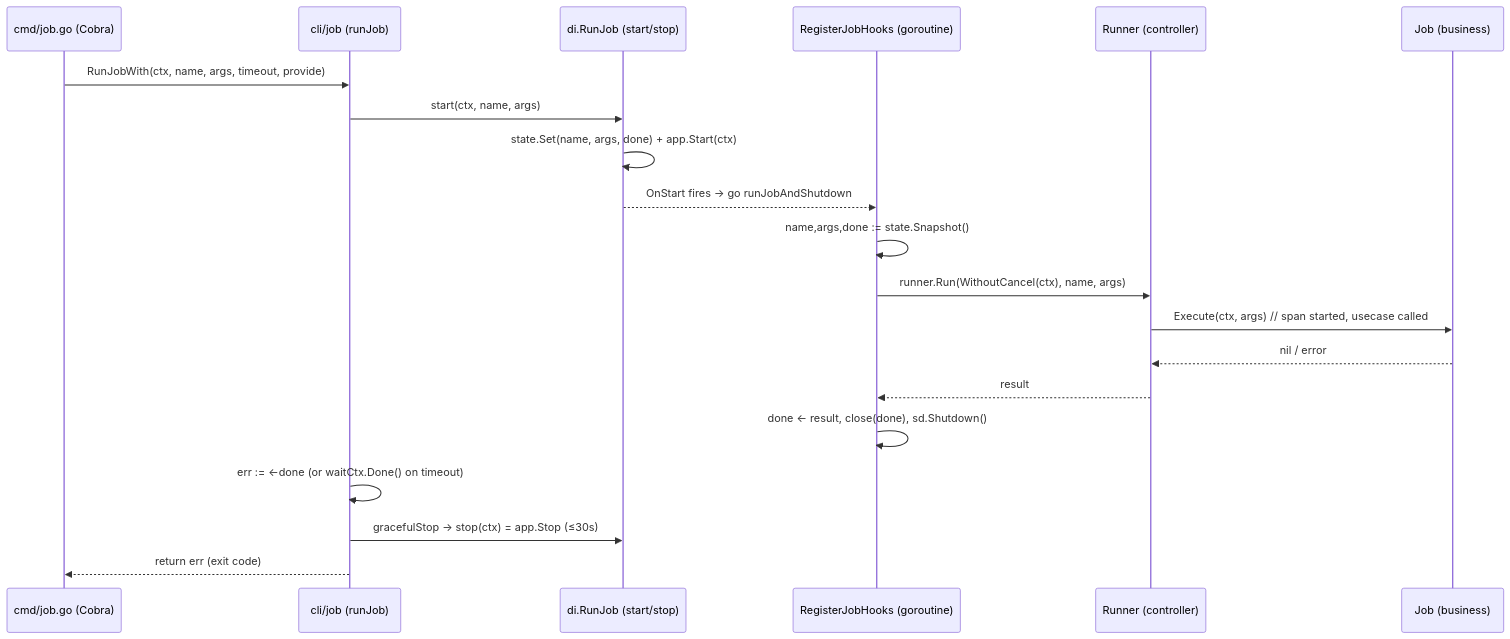
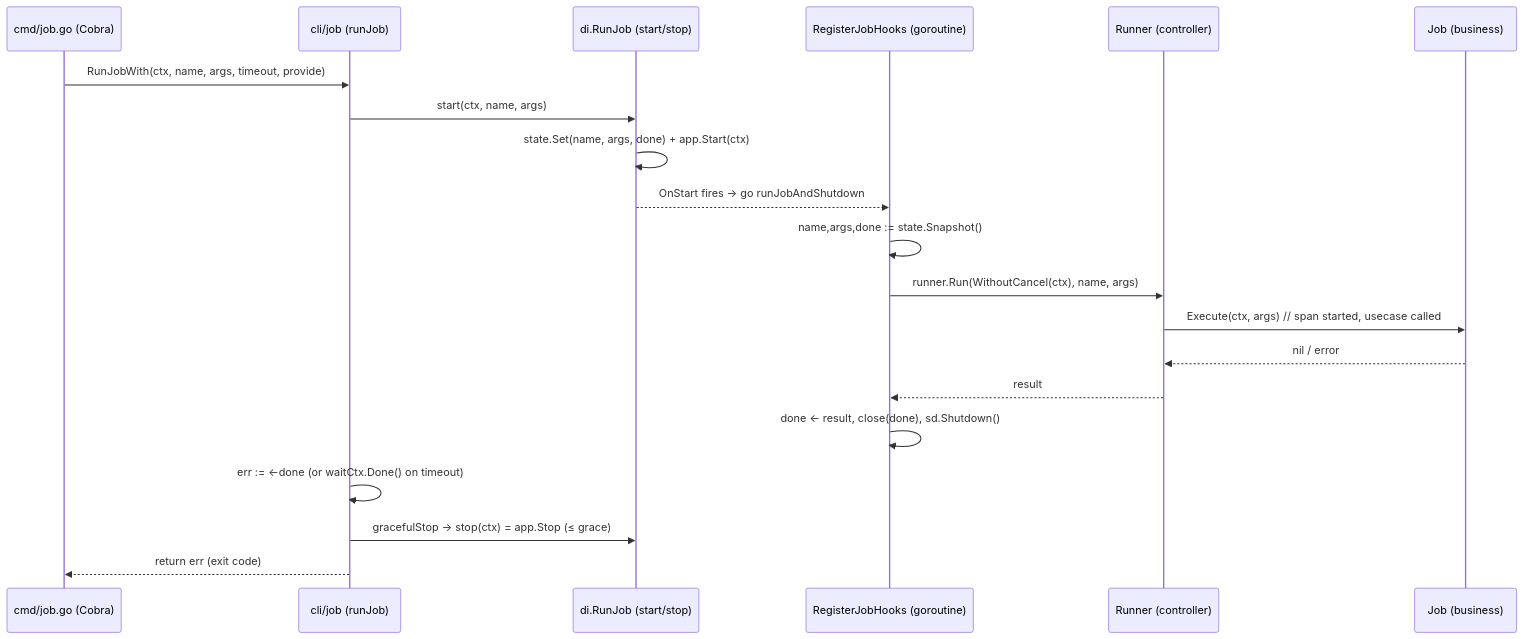
The fifth of 6 diagrams in docs/design/job.md (Tomy-ch/go-boilerplate), drawn with Mermaid before and after one commit. The commit also changed other lines of this file and 21 other files, not shown here.

````diff
--- a/docs/design/job.md
+++ b/docs/design/job.md
@@ -151,22 +151,22 @@
 ```mermaid
 sequenceDiagram
     participant Cobra as cmd/job.go (Cobra)
     participant CLI as cli/job (runJob)
     participant DI as di.RunJob (start/stop)
     participant Hook as RegisterJobHooks (goroutine)
     participant Run as Runner (controller)
     participant J as Job (business)
     Cobra->>CLI: RunJobWith(ctx, name, args, timeout, provide)
     CLI->>DI: start(ctx, name, args)
     DI->>DI: state.Set(name, args, done) + app.Start(ctx)
     DI-->>Hook: OnStart fires → go runJobAndShutdown
     Hook->>Hook: name,args,done := state.Snapshot()
     Hook->>Run: runner.Run(WithoutCancel(ctx), name, args)
     Run->>J: Execute(ctx, args)  // span started, usecase called
     J-->>Run: nil / error
     Run-->>Hook: result
     Hook->>Hook: done <- result, close(done), sd.Shutdown()
     CLI->>CLI: err := <-done (or waitCtx.Done() on timeout)
-    CLI->>DI: gracefulStop → stop(ctx) = app.Stop (≤30s)
+    CLI->>DI: gracefulStop → stop(ctx) = app.Stop (≤ grace)
     CLI-->>Cobra: return err (exit code)
 ```
````
